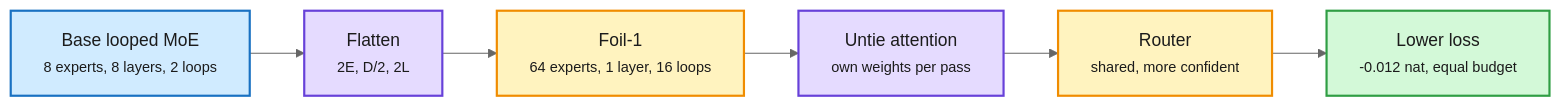
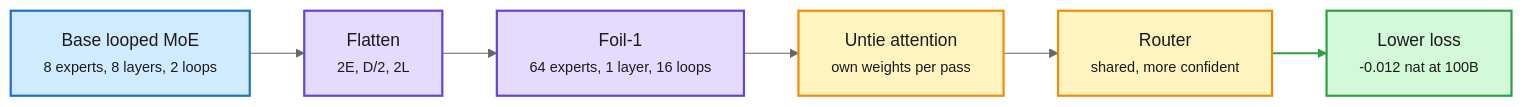
The fifth of 7 diagrams in wiki/daily-digest/2026-10/2026-10-04.md (bayesiansapien/cere-bro), drawn with Mermaid (neutral theme) before and after one commit. The commit also changed other lines of this file, not shown here.

````diff
--- a/wiki/daily-digest/2026-10/2026-10-04.md
+++ b/wiki/daily-digest/2026-10/2026-10-04.md
@@ -216,16 +286,17 @@
 ```mermaid
 flowchart LR
   B["Base looped MoE<br/><small>8 experts, 8 layers, 2 loops</small>"] --> F["Flatten<br/><small>2E, D/2, 2L</small>"]
   F --> P["Foil-1<br/><small>64 experts, 1 layer, 16 loops</small>"]
   P --> U["Untie attention<br/><small>own weights per pass</small>"]
   U --> R["Router<br/><small>shared, more confident</small>"]
-  R --> O["Lower loss<br/><small>-0.012 nat, equal budget</small>"]
+  R --> O["Lower loss<br/><small>-0.012 nat at 100B</small>"]
   classDef input fill:#d0ebff,stroke:#1971c2,color:#1b1b1b,stroke-width:2px
   classDef core fill:#e5dbff,stroke:#6741d9,color:#1b1b1b,stroke-width:2px
   classDef loop fill:#fff3bf,stroke:#f08c00,color:#1b1b1b,stroke-width:2px
   classDef exit fill:#d3f9d8,stroke:#2f9e44,color:#1b1b1b,stroke-width:2px
   class B input
-  class F,U core
-  class P,R loop
+  class F,P core
+  class U,R loop
   class O exit
+  linkStyle 4 stroke:#2f9e44,stroke-width:2px
 ```
````
